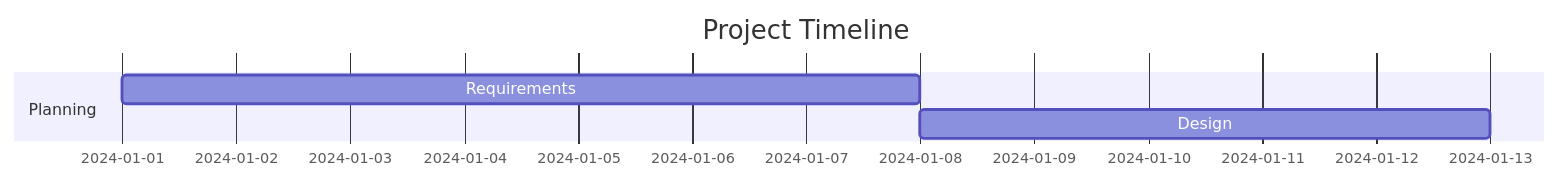
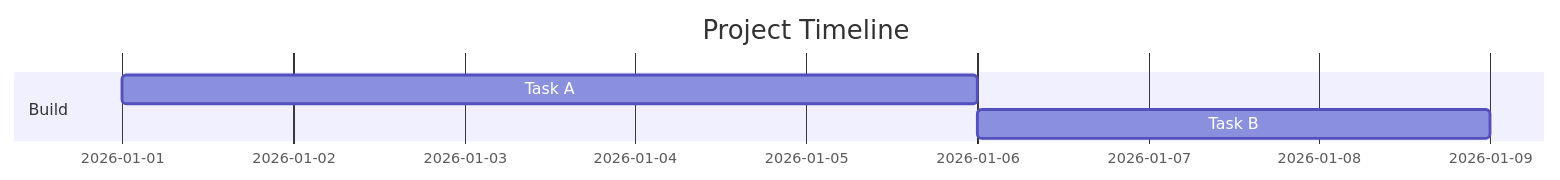
The first of 9 diagrams in skills/creating-mermaid-diagrams/references/other-types.md (narumiruna/agent-skills), drawn with Mermaid before and after one commit. The commit also changed other lines of this file and 92 other files, not shown here.

````diff
--- a/skills/creating-mermaid-diagrams/references/other-types.md
+++ b/skills/creating-mermaid-diagrams/references/other-types.md
@@ -11,9 +9,8 @@
 ```mermaid
 gantt
     title Project Timeline
     dateFormat YYYY-MM-DD
-
-    section Planning
-    Requirements    :a1, 2024-01-01, 7d
-    Design         :a2, after a1, 5d
+    section Build
+    Task A :a1, 2026-01-01, 5d
+    Task B :after a1, 3d
 ```
````
